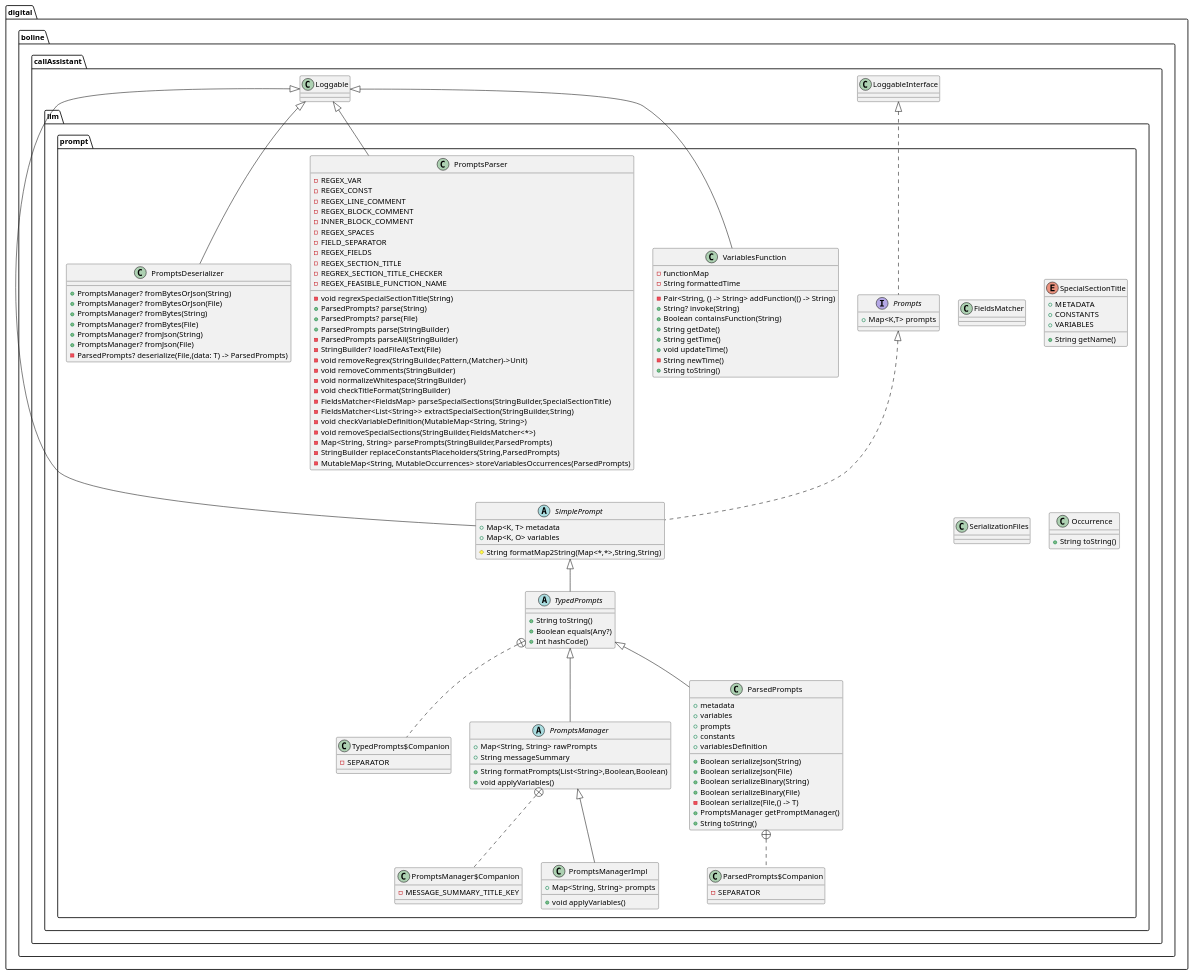
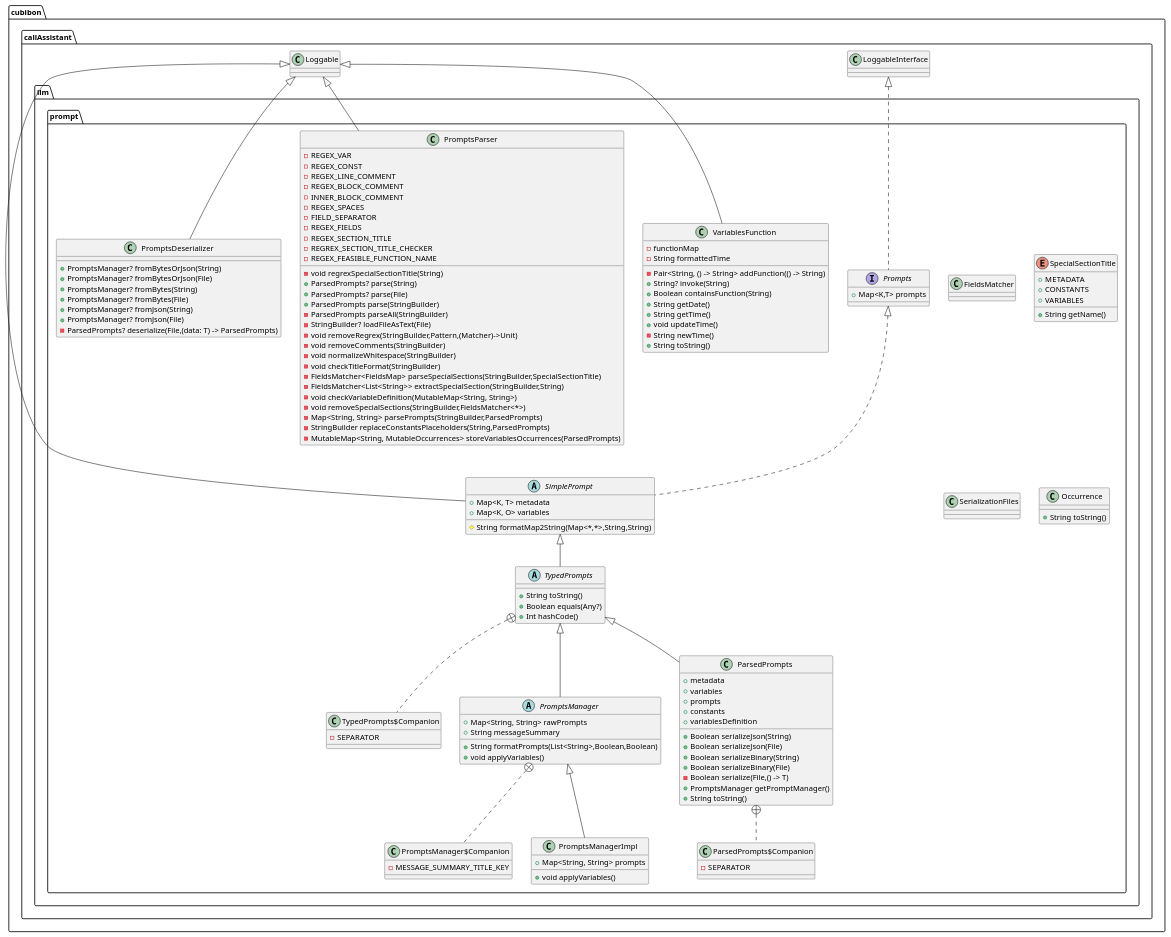
The diagram in doc/uml/llm-prompt.puml (buoncubi/call_assistant), drawn with PlantUML before and after one commit. The commit also changed 969 other files, not shown here.

```diff
--- a/doc/uml/llm-prompt.puml
+++ b/doc/uml/llm-prompt.puml
@@ -1,148 +1,148 @@
 @startuml
-interface digital.boline.callAssistant.llm.prompt.Prompts {
+interface cubibon.callAssistant.llm.prompt.Prompts {
 + Map<K,T> prompts
 }
 
-abstract class digital.boline.callAssistant.llm.prompt.SimplePrompt {
+abstract class cubibon.callAssistant.llm.prompt.SimplePrompt {
 + Map<K, T> metadata
 + Map<K, O> variables
 # String formatMap2String(Map<*,*>,String,String)
 }
 
 
-class digital.boline.callAssistant.llm.prompt.TypedPrompts$Companion {
+class cubibon.callAssistant.llm.prompt.TypedPrompts$Companion {
 -  SEPARATOR
 }
 
-abstract class digital.boline.callAssistant.llm.prompt.TypedPrompts {
+abstract class cubibon.callAssistant.llm.prompt.TypedPrompts {
 + String toString()
 + Boolean equals(Any?)
 + Int hashCode()
 }
 
-class digital.boline.callAssistant.llm.prompt.PromptsManager$Companion {
+class cubibon.callAssistant.llm.prompt.PromptsManager$Companion {
 -  MESSAGE_SUMMARY_TITLE_KEY
 }
 
-abstract class digital.boline.callAssistant.llm.prompt.PromptsManager {
+abstract class cubibon.callAssistant.llm.prompt.PromptsManager {
 + Map<String, String> rawPrompts
 + String messageSummary
 + String formatPrompts(List<String>,Boolean,Boolean)
 + void applyVariables()
 }
 
 
-class digital.boline.callAssistant.llm.prompt.PromptsManagerImpl {
+class cubibon.callAssistant.llm.prompt.PromptsManagerImpl {
 + Map<String, String> prompts
 + void applyVariables()
 }
 
 
-class digital.boline.callAssistant.llm.prompt.VariablesFunction {
+class cubibon.callAssistant.llm.prompt.VariablesFunction {
 -  functionMap
 - String formattedTime
 - Pair<String, () -> String> addFunction(() -> String)
 + String? invoke(String)
 + Boolean containsFunction(String)
 + String getDate()
 + String getTime()
 + void updateTime()
 - String newTime()
 + String toString()
 }
 
 
-class digital.boline.callAssistant.llm.prompt.FieldsMatcher {
+class cubibon.callAssistant.llm.prompt.FieldsMatcher {
 }
-enum digital.boline.callAssistant.llm.prompt.SpecialSectionTitle {
+enum cubibon.callAssistant.llm.prompt.SpecialSectionTitle {
 +  METADATA
 +  CONSTANTS
 +  VARIABLES
 + String getName()
 }
 
 
-class digital.boline.callAssistant.llm.prompt.PromptsParser {
+class cubibon.callAssistant.llm.prompt.PromptsParser {
 -  REGEX_VAR
 -  REGEX_CONST
 -  REGEX_LINE_COMMENT
 -  REGEX_BLOCK_COMMENT
 -  INNER_BLOCK_COMMENT
 -  REGEX_SPACES
 -  FIELD_SEPARATOR
 -  REGEX_FIELDS
 -  REGEX_SECTION_TITLE
 -  REGREX_SECTION_TITLE_CHECKER
 -  REGEX_FEASIBLE_FUNCTION_NAME
 - void regrexSpecialSectionTitle(String)
 + ParsedPrompts? parse(String)
 + ParsedPrompts? parse(File)
 + ParsedPrompts parse(StringBuilder)
 - ParsedPrompts parseAll(StringBuilder)
 - StringBuilder? loadFileAsText(File)
 - void removeRegrex(StringBuilder,Pattern,(Matcher)->Unit)
 - void removeComments(StringBuilder)
 - void normalizeWhitespace(StringBuilder)
 - void checkTitleFormat(StringBuilder)
 - FieldsMatcher<FieldsMap> parseSpecialSections(StringBuilder,SpecialSectionTitle)
 - FieldsMatcher<List<String>> extractSpecialSection(StringBuilder,String)
 - void checkVariableDefinition(MutableMap<String, String>)
 - void removeSpecialSections(StringBuilder,FieldsMatcher<*>)
 - Map<String, String> parsePrompts(StringBuilder,ParsedPrompts)
 - StringBuilder replaceConstantsPlaceholders(String,ParsedPrompts)
 - MutableMap<String, MutableOccurrences> storeVariablesOccurrences(ParsedPrompts)
 }
 
 
-class digital.boline.callAssistant.llm.prompt.SerializationFiles {
+class cubibon.callAssistant.llm.prompt.SerializationFiles {
 }
-class digital.boline.callAssistant.llm.prompt.Occurrence {
+class cubibon.callAssistant.llm.prompt.Occurrence {
 + String toString()
 }
 
-class digital.boline.callAssistant.llm.prompt.ParsedPrompts$Companion {
+class cubibon.callAssistant.llm.prompt.ParsedPrompts$Companion {
 -  SEPARATOR
 }
 
-class digital.boline.callAssistant.llm.prompt.ParsedPrompts {
+class cubibon.callAssistant.llm.prompt.ParsedPrompts {
 +  metadata
 +  variables
 +  prompts
 +  constants
 +  variablesDefinition
 + Boolean serializeJson(String)
 + Boolean serializeJson(File)
 + Boolean serializeBinary(String)
 + Boolean serializeBinary(File)
 - Boolean serialize(File,() -> T)
 + PromptsManager getPromptManager()
 + String toString()
 }
 
 
-class digital.boline.callAssistant.llm.prompt.PromptsDeserializer {
+class cubibon.callAssistant.llm.prompt.PromptsDeserializer {
 + PromptsManager? fromBytesOrJson(String)
 + PromptsManager? fromBytesOrJson(File)
 + PromptsManager? fromBytes(String)
 + PromptsManager? fromBytes(File)
 + PromptsManager? fromJson(String)
 + PromptsManager? fromJson(File)
 - ParsedPrompts? deserialize(File,(data: T) -> ParsedPrompts)
 }
 
 
 
-digital.boline.callAssistant.LoggableInterface <|.. digital.boline.callAssistant.llm.prompt.Prompts
-digital.boline.callAssistant.Loggable <|-- digital.boline.callAssistant.llm.prompt.SimplePrompt
-digital.boline.callAssistant.llm.prompt.Prompts <|.. digital.boline.callAssistant.llm.prompt.SimplePrompt
-digital.boline.callAssistant.llm.prompt.TypedPrompts +.. digital.boline.callAssistant.llm.prompt.TypedPrompts$Companion
-digital.boline.callAssistant.llm.prompt.SimplePrompt <|-- digital.boline.callAssistant.llm.prompt.TypedPrompts
-digital.boline.callAssistant.llm.prompt.PromptsManager +.. digital.boline.callAssistant.llm.prompt.PromptsManager$Companion
-digital.boline.callAssistant.llm.prompt.TypedPrompts <|-- digital.boline.callAssistant.llm.prompt.PromptsManager
-digital.boline.callAssistant.llm.prompt.PromptsManager <|-- digital.boline.callAssistant.llm.prompt.PromptsManagerImpl
-digital.boline.callAssistant.Loggable <|-- digital.boline.callAssistant.llm.prompt.VariablesFunction
-digital.boline.callAssistant.Loggable <|-- digital.boline.callAssistant.llm.prompt.PromptsParser
-digital.boline.callAssistant.llm.prompt.ParsedPrompts +.. digital.boline.callAssistant.llm.prompt.ParsedPrompts$Companion
-digital.boline.callAssistant.llm.prompt.TypedPrompts <|-- digital.boline.callAssistant.llm.prompt.ParsedPrompts
-digital.boline.callAssistant.Loggable <|-- digital.boline.callAssistant.llm.prompt.PromptsDeserializer
+cubibon.callAssistant.LoggableInterface <|.. cubibon.callAssistant.llm.prompt.Prompts
+cubibon.callAssistant.Loggable <|-- cubibon.callAssistant.llm.prompt.SimplePrompt
+cubibon.callAssistant.llm.prompt.Prompts <|.. cubibon.callAssistant.llm.prompt.SimplePrompt
+cubibon.callAssistant.llm.prompt.TypedPrompts +.. cubibon.callAssistant.llm.prompt.TypedPrompts$Companion
+cubibon.callAssistant.llm.prompt.SimplePrompt <|-- cubibon.callAssistant.llm.prompt.TypedPrompts
+cubibon.callAssistant.llm.prompt.PromptsManager +.. cubibon.callAssistant.llm.prompt.PromptsManager$Companion
+cubibon.callAssistant.llm.prompt.TypedPrompts <|-- cubibon.callAssistant.llm.prompt.PromptsManager
+cubibon.callAssistant.llm.prompt.PromptsManager <|-- cubibon.callAssistant.llm.prompt.PromptsManagerImpl
+cubibon.callAssistant.Loggable <|-- cubibon.callAssistant.llm.prompt.VariablesFunction
+cubibon.callAssistant.Loggable <|-- cubibon.callAssistant.llm.prompt.PromptsParser
+cubibon.callAssistant.llm.prompt.ParsedPrompts +.. cubibon.callAssistant.llm.prompt.ParsedPrompts$Companion
+cubibon.callAssistant.llm.prompt.TypedPrompts <|-- cubibon.callAssistant.llm.prompt.ParsedPrompts
+cubibon.callAssistant.Loggable <|-- cubibon.callAssistant.llm.prompt.PromptsDeserializer
 @enduml
```
